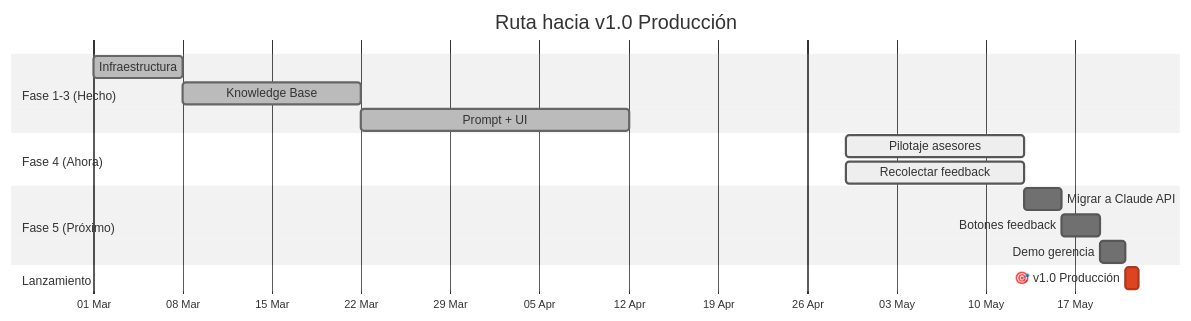
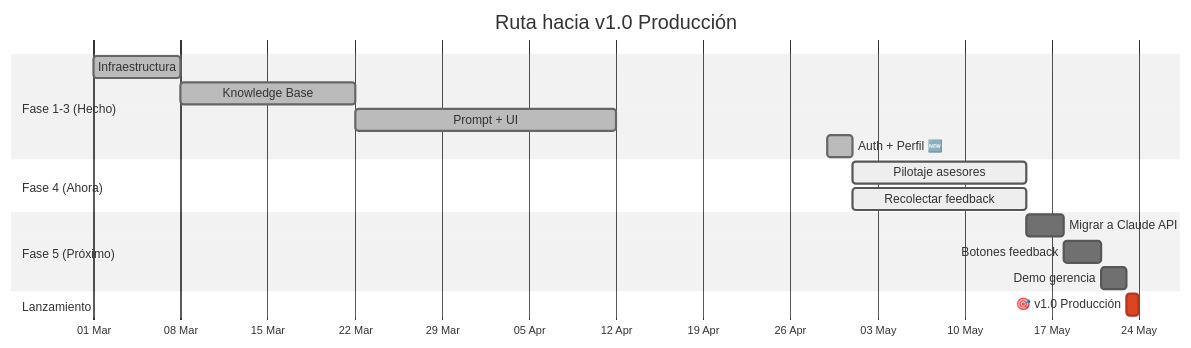
One commit to JnSbstnRivera/WINDMAR-AI-AGENT changed diagram 11 of 13 in ROADMAP.md. Above: the diagram before and after it, drawn with Mermaid (neutral theme). The commit also changed other lines of this file, not shown here.

Commit message:
docs: update roadmap — add Bloque H (Auth+Perfil), bump to 82%

````diff
--- a/ROADMAP.md
+++ b/ROADMAP.md
@@ -212,23 +262,24 @@
 ```mermaid
 gantt
     title Ruta hacia v1.0 Producción
     dateFormat YYYY-MM-DD
     axisFormat %d %b
 
     section Fase 1-3 (Hecho)
     Infraestructura      :done,    a1, 2026-03-01, 7d
     Knowledge Base       :done,    b1, 2026-03-08, 14d
     Prompt + UI          :done,    c1, 2026-03-22, 21d
+    Auth + Perfil 🆕     :done,    h1, 2026-04-29, 2d
 
     section Fase 4 (Ahora)
-    Pilotaje asesores    :active,  e1, 2026-04-29, 14d
-    Recolectar feedback  :active,  e2, 2026-04-29, 14d
+    Pilotaje asesores    :active,  e1, 2026-05-01, 14d
+    Recolectar feedback  :active,  e2, 2026-05-01, 14d
 
     section Fase 5 (Próximo)
-    Migrar a Claude API  :         f1, 2026-05-13, 3d
-    Botones feedback     :         f2, 2026-05-16, 3d
-    Demo gerencia        :         f3, 2026-05-19, 2d
+    Migrar a Claude API  :         f1, 2026-05-15, 3d
+    Botones feedback     :         f2, 2026-05-18, 3d
+    Demo gerencia        :         f3, 2026-05-21, 2d
 
     section Lanzamiento
-    🎯 v1.0 Producción   :crit,    v1, 2026-05-21, 1d
+    🎯 v1.0 Producción   :crit,    v1, 2026-05-23, 1d
 ```
````
